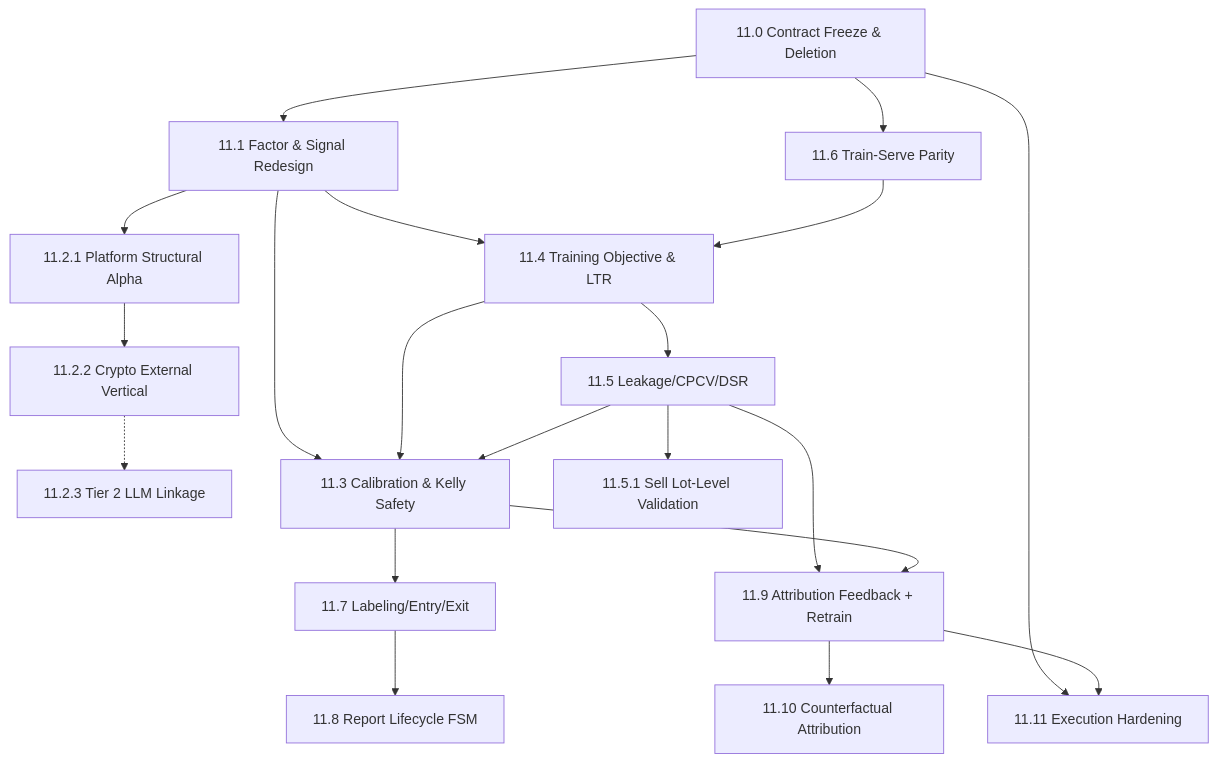
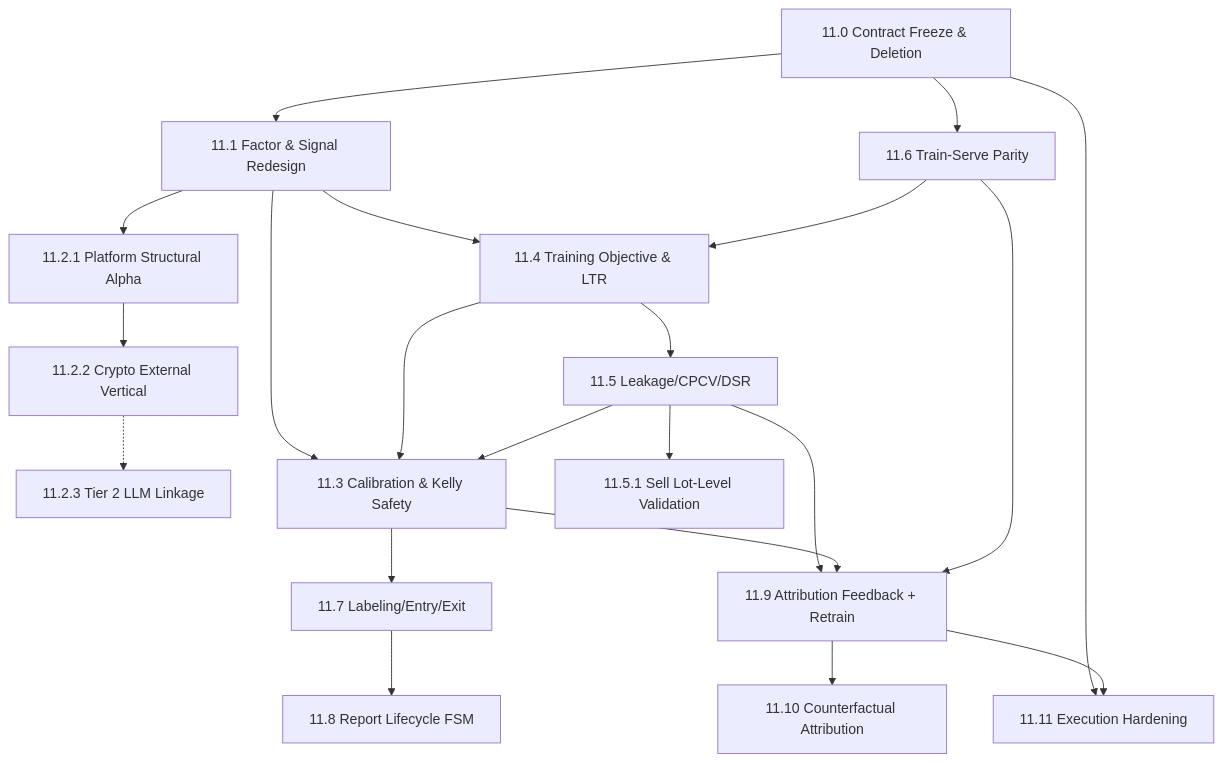
Before and after one commit to solomon-ssy/oxide-arb: the diagram in docs/plans/quant-pivot/phase-11/README.md, drawn with Mermaid. The commit also changed other lines of this file and 463 other files, not shown here.

````diff
--- a/docs/plans/quant-pivot/phase-11/README.md
+++ b/docs/plans/quant-pivot/phase-11/README.md
@@ -96,38 +101,39 @@
 ```mermaid
 flowchart TD
     P110["11.0 Contract Freeze & Deletion"]
     P111["11.1 Factor & Signal Redesign"]
     P1121["11.2.1 Platform Structural Alpha"]
     P1122["11.2.2 Crypto External Vertical"]
     P1123["11.2.3 Tier 2 LLM Linkage"]
     P113["11.3 Calibration & Kelly Safety"]
     P114["11.4 Training Objective & LTR"]
     P115["11.5 Leakage/CPCV/DSR"]
     P1151["11.5.1 Sell Lot-Level Validation"]
     P116["11.6 Train-Serve Parity"]
     P117["11.7 Labeling/Entry/Exit"]
     P118["11.8 Report Lifecycle FSM"]
     P119["11.9 Attribution Feedback + Retrain"]
     P1110["11.10 Counterfactual Attribution"]
     P1111["11.11 Execution Hardening"]
 
     P110 --> P111
     P110 --> P116
     P111 --> P1121
     P1121 --> P1122
     P1122 -.-> P1123
     P111 --> P114
     P116 --> P114
     P114 --> P115
     P111 --> P113
     P114 --> P113
     P115 --> P113
     P115 --> P1151
     P113 --> P117
     P117 --> P118
     P115 --> P119
     P113 --> P119
+    P116 --> P119
     P119 --> P1110
     P110 --> P1111
     P119 --> P1111
 ```
````
